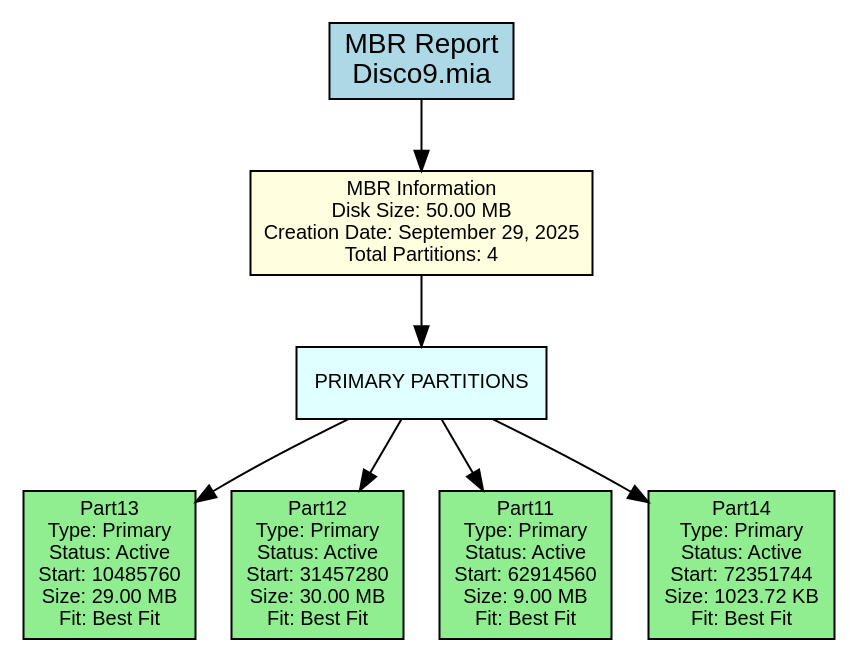
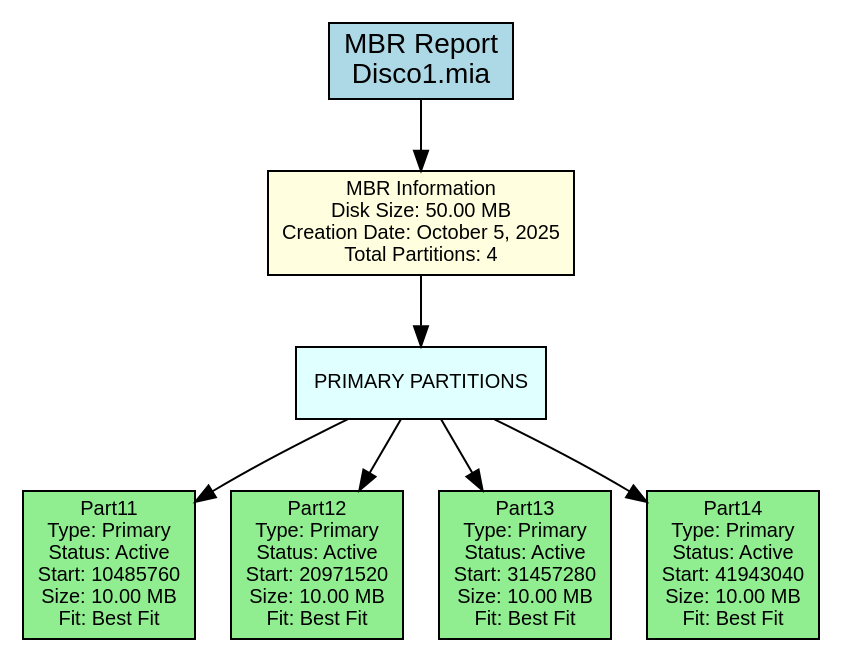
One commit to DiegVas/MIA_2S2025_P2_202300638 changed the diagram in backend/provider/reports/src/mbr_381A.dot. Above: the diagram before and after it, drawn with Graphviz. The commit also changed 17 other files, not shown here.

```diff
--- a/backend/provider/reports/src/mbr_381A.dot
+++ b/backend/provider/reports/src/mbr_381A.dot
@@ -1,24 +1,24 @@
 digraph MBR_Report {
     rankdir=TB;
     node [shape=box, style=filled];
     graph [fontname="Arial", fontsize=12];
     node [fontname="Arial", fontsize=10];
     edge [fontname="Arial"];
 
-    title [label="MBR Report\nDisco9.mia", fillcolor=lightblue, fontsize=14];
+    title [label="MBR Report\nDisco1.mia", fillcolor=lightblue, fontsize=14];
 
-    mbr_info [label="MBR Information\nDisk Size: 50.00 MB\nCreation Date: September 29, 2025\nTotal Partitions: 4", fillcolor=lightyellow];
+    mbr_info [label="MBR Information\nDisk Size: 50.00 MB\nCreation Date: October 5, 2025\nTotal Partitions: 4", fillcolor=lightyellow];
 
     primary_section [label="PRIMARY PARTITIONS", shape=box, style=filled, fillcolor=lightcyan];
-    primary_0 [label="Part13\nType: Primary\nStatus: Active\nStart: 10485760\nSize: 29.00 MB\nFit: Best Fit", fillcolor=lightgreen];
+    primary_0 [label="Part11\nType: Primary\nStatus: Active\nStart: 10485760\nSize: 10.00 MB\nFit: Best Fit", fillcolor=lightgreen];
     primary_section -> primary_0;
-    primary_1 [label="Part12\nType: Primary\nStatus: Active\nStart: 31457280\nSize: 30.00 MB\nFit: Best Fit", fillcolor=lightgreen];
+    primary_1 [label="Part12\nType: Primary\nStatus: Active\nStart: 20971520\nSize: 10.00 MB\nFit: Best Fit", fillcolor=lightgreen];
     primary_section -> primary_1;
-    primary_2 [label="Part11\nType: Primary\nStatus: Active\nStart: 62914560\nSize: 9.00 MB\nFit: Best Fit", fillcolor=lightgreen];
+    primary_2 [label="Part13\nType: Primary\nStatus: Active\nStart: 31457280\nSize: 10.00 MB\nFit: Best Fit", fillcolor=lightgreen];
     primary_section -> primary_2;
-    primary_3 [label="Part14\nType: Primary\nStatus: Active\nStart: 72351744\nSize: 1023.72 KB\nFit: Best Fit", fillcolor=lightgreen];
+    primary_3 [label="Part14\nType: Primary\nStatus: Active\nStart: 41943040\nSize: 10.00 MB\nFit: Best Fit", fillcolor=lightgreen];
     primary_section -> primary_3;
 
     title -> mbr_info;
     mbr_info -> primary_section;
 }
```
